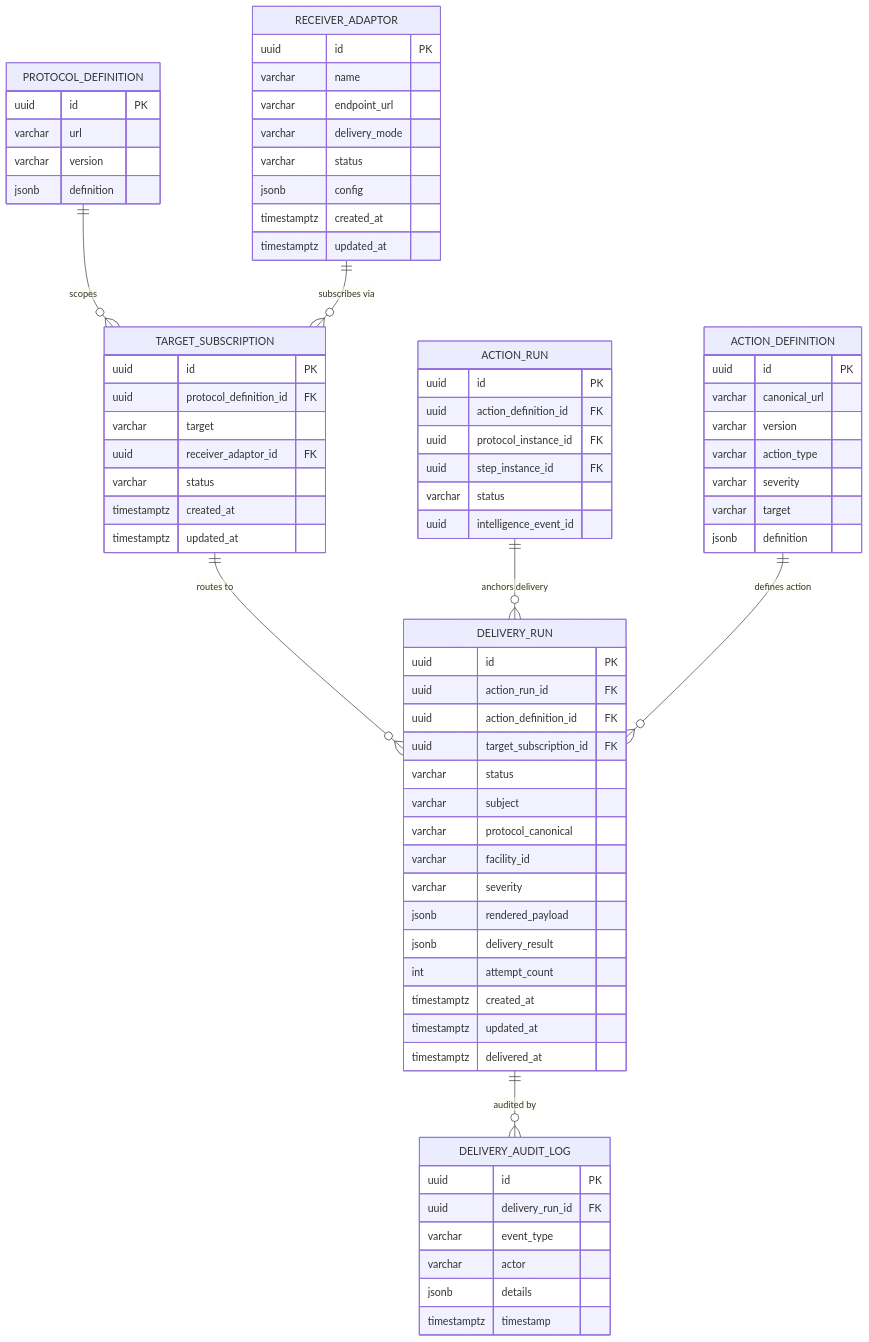
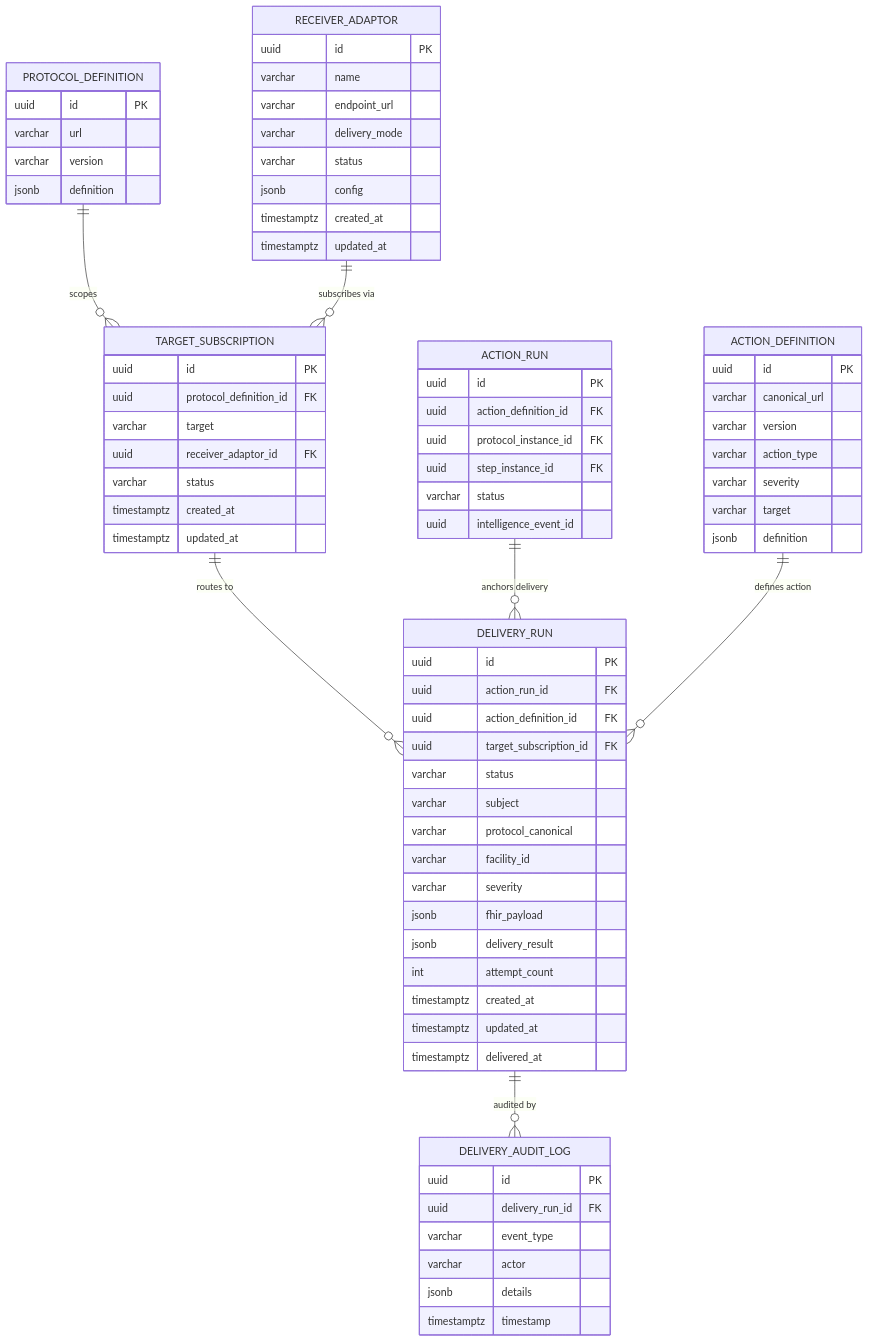
The diagram in docs/data-dictionary.md (Jayaprakash8887/cce-intelligence-service), drawn with Mermaid before and after one commit. The commit also changed other lines of this file and 1 other file, not shown here.

```diff
--- a/docs/data-dictionary.md
+++ b/docs/data-dictionary.md
@@ -64,7 +64,7 @@
         varchar protocol_canonical
         varchar facility_id
         varchar severity
-        jsonb rendered_payload
+        jsonb fhir_payload
         jsonb delivery_result
         int attempt_count
         timestamptz created_at
```
